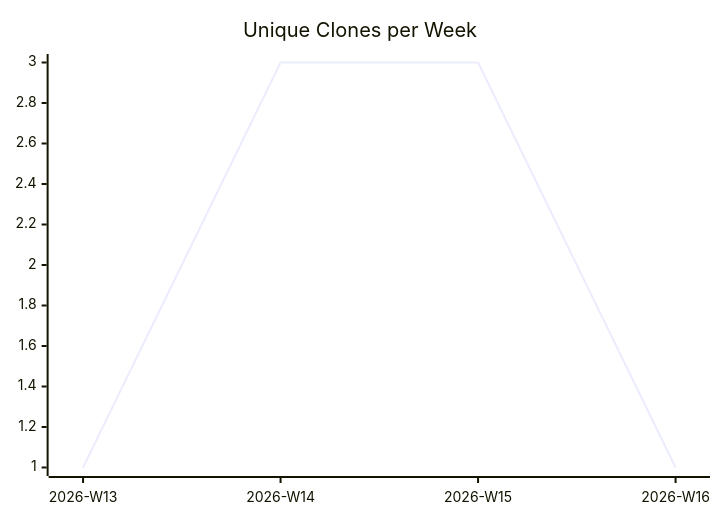
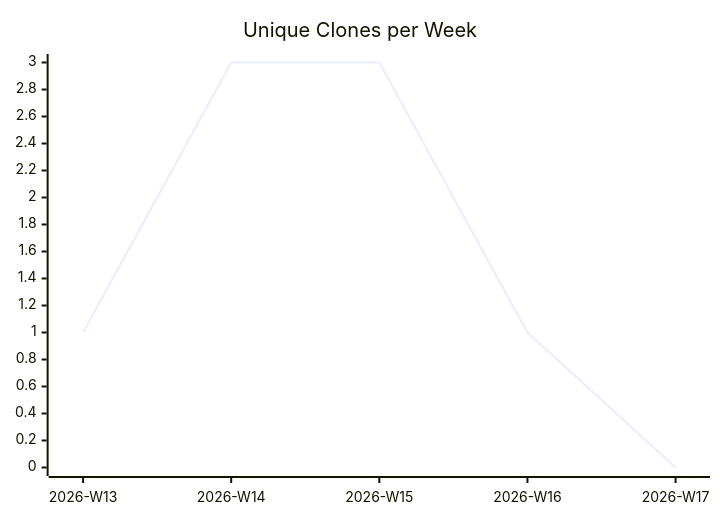
Before and after one commit to justdavis-family/github-analytics-data: the third of 3 diagrams in karlmdavis/puppet-sonar/README.md, drawn with Mermaid. The commit also changed other lines of this file and 192 other files, not shown here.

````diff
--- a/karlmdavis/puppet-sonar/README.md
+++ b/karlmdavis/puppet-sonar/README.md
@@ -19,6 +19,6 @@
 ```mermaid
 xychart-beta
   title "Unique Clones per Week"
-  x-axis ["2026-W13", "2026-W14", "2026-W15", "2026-W16"]
-  line [1, 3, 3, 1]
+  x-axis ["2026-W13", "2026-W14", "2026-W15", "2026-W16", "2026-W17"]
+  line [1, 3, 3, 1, 0]
 ```
````
